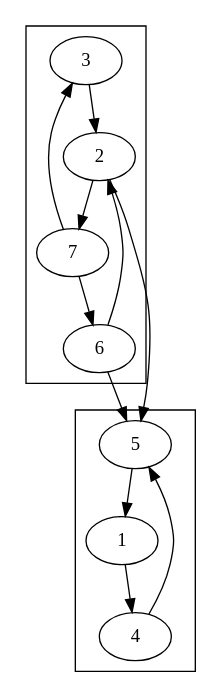
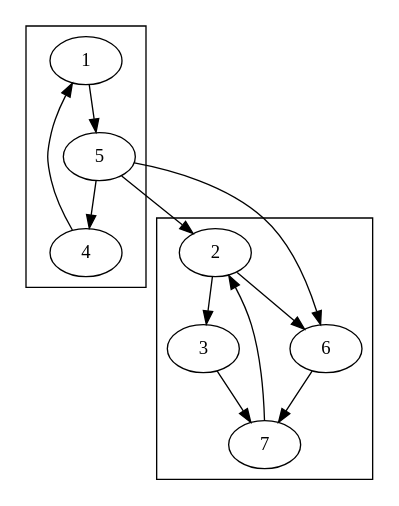
Before and after one commit to mgiacomini/grafos-componentes-fortes: the diagram in resultado.dot, drawn with Graphviz. The commit also changed 1 other file, not shown here.

```diff
--- a/resultado.dot
+++ b/resultado.dot
@@ -1,23 +1,23 @@
 strict digraph resultado_exemplo {
-  5 -> 1;
-  3 -> 2;
-  6 -> 2;
-  7 -> 3;
-  1 -> 4;
-  2 -> 5;
-  4 -> 5;
-  6 -> 5;
-  7 -> 6;
-  2 -> 7;
+  1 -> 5;
+  2 -> 3;
+  2 -> 6;
+  3 -> 7;
+  4 -> 1;
+  5 -> 2;
+  5 -> 4;
+  5 -> 6;
+  6 -> 7;
+  7 -> 2;
   subgraph cluster1 {
     5;
     1;
     4;
   }
   subgraph cluster2 {
     3;
     2;
     7;
     6;
   }
 }
```
